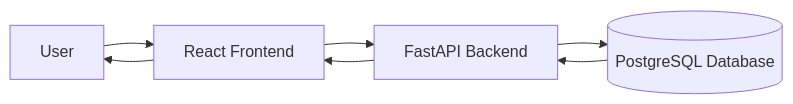
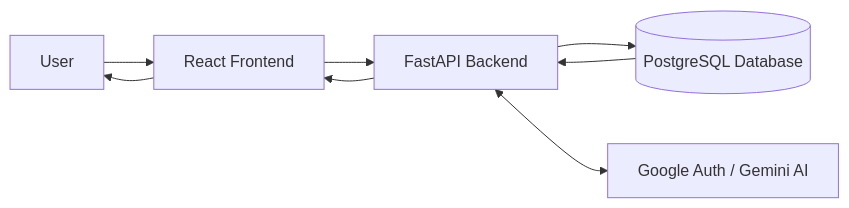
One commit to Aditya4860/smart-expense-tracker changed the diagram in README.md. Above: the diagram before and after it, drawn with Mermaid. The commit also changed other lines of this file and 3 other files, not shown here.

Commit message:
docs: update README with new features, architecture and screenshots

````diff
--- a/README.md
+++ b/README.md
@@ -51,9 +58,10 @@
 ```mermaid
 flowchart LR
     U[User] --> F[React Frontend]
     F --> A[FastAPI Backend]
     A --> D[(PostgreSQL Database)]
+    A <--> G[Google Auth / Gemini AI]
     D --> A
     A --> F
     F --> U
 ```
````
